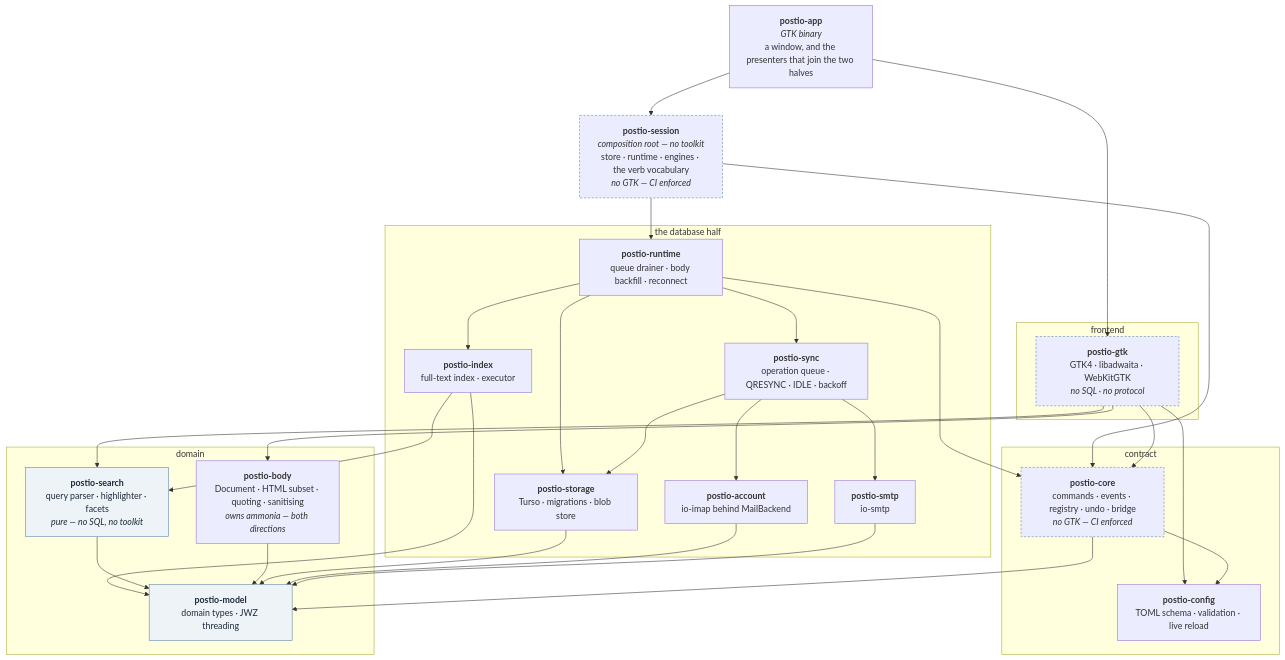
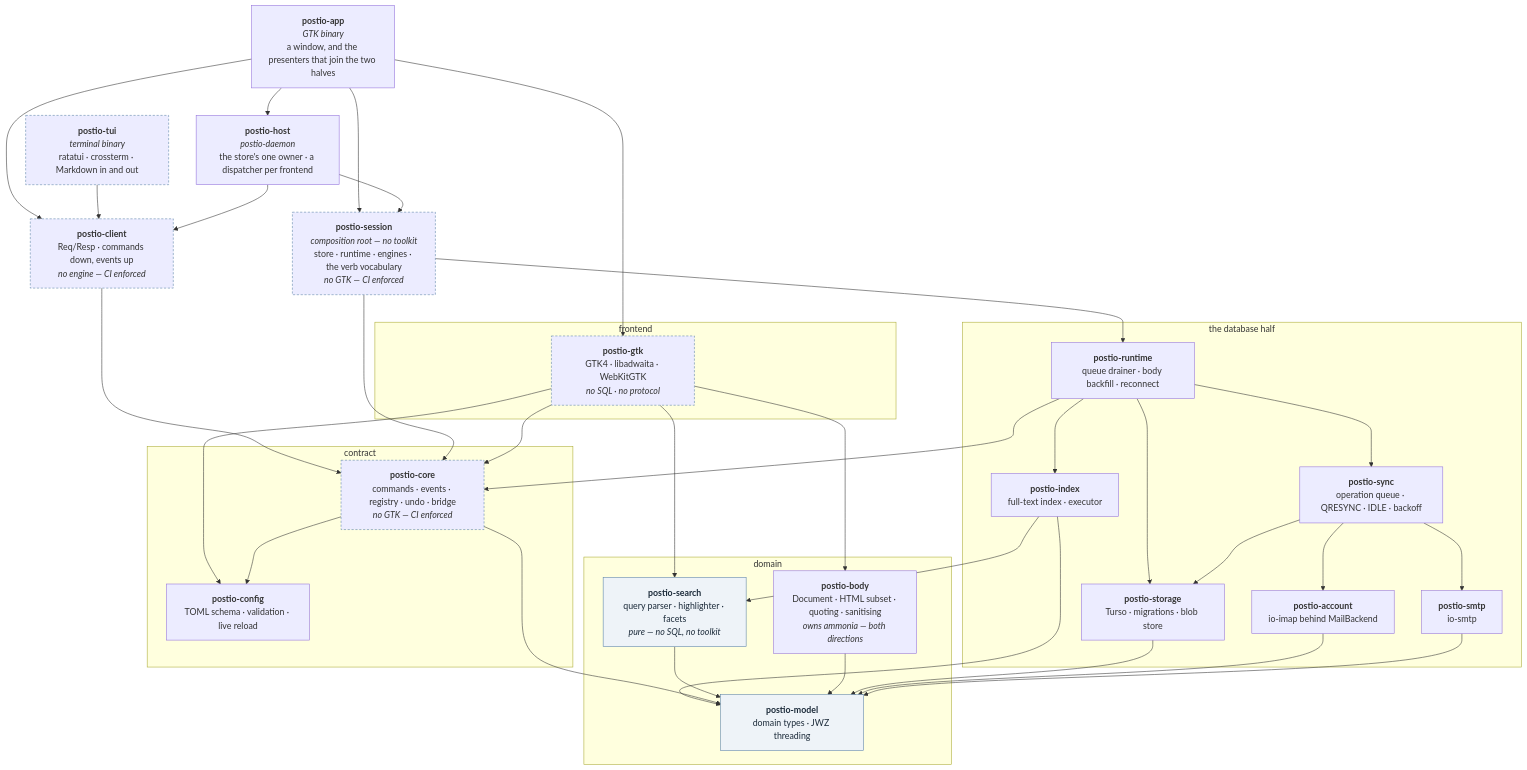
One commit to dlapiduz/postio changed the diagram in docs/ARCHITECTURE.md. Above: the diagram before and after it, drawn with Mermaid. The commit also changed other lines of this file and 6 other files, not shown here.

First line of the commit message:
docs: name the terminal frontend where scope is said

````diff
--- a/docs/ARCHITECTURE.md
+++ b/docs/ARCHITECTURE.md
@@ -16,59 +16,68 @@
 ```mermaid
 graph TD
     app["<b>postio-app</b><br/><i>GTK binary</i><br/>a window, and the presenters that join the two halves"]
+    tui["<b>postio-tui</b><br/><i>terminal binary</i><br/>ratatui · crossterm · Markdown in and out"]
+    host["<b>postio-host</b><br/><i>postio-daemon</i><br/>the store's one owner · a dispatcher per frontend"]
+    client["<b>postio-client</b><br/>Req/Resp · commands down, events up<br/><i>no engine — CI enforced</i>"]
     session["<b>postio-session</b><br/><i>composition root — no toolkit</i><br/>store · runtime · engines · the verb vocabulary<br/><i>no GTK — CI enforced</i>"]
 
     subgraph view ["frontend"]
         gtk["<b>postio-gtk</b><br/>GTK4 · libadwaita · WebKitGTK<br/><i>no SQL · no protocol</i>"]
     end
 
     subgraph engine ["the database half"]
         runtime["<b>postio-runtime</b><br/>queue drainer · body backfill · reconnect"]
         sync["<b>postio-sync</b><br/>operation queue · QRESYNC · IDLE · backoff"]
         imap["<b>postio-account</b><br/>io-imap behind MailBackend"]
         smtp["<b>postio-smtp</b><br/>io-smtp"]
         storage["<b>postio-storage</b><br/>Turso · migrations · blob store"]
         index["<b>postio-index</b><br/>full-text index · executor"]
     end
 
     subgraph contract ["contract"]
         core["<b>postio-core</b><br/>commands · events · registry · undo · bridge<br/><i>no GTK — CI enforced</i>"]
         config["<b>postio-config</b><br/>TOML schema · validation · live reload"]
     end
 
     subgraph domain ["domain"]
         search["<b>postio-search</b><br/>query parser · highlighter · facets<br/><i>pure — no SQL, no toolkit</i>"]
         body["<b>postio-body</b><br/>Document · HTML subset · quoting · sanitising<br/><i>owns ammonia — both directions</i>"]
         model["<b>postio-model</b><br/>domain types · JWZ threading"]
     end
 
     app --> session
     app --> gtk
+    app --> host
+    app --> client
+    tui --> client
+    host --> session
+    host --> client
+    client --> core
     session --> runtime
     session --> core
     gtk --> core
     gtk --> search
     gtk --> body
     gtk --> config
     runtime --> sync
     runtime --> index
     runtime --> core
     runtime --> storage
     sync --> imap
     sync --> smtp
     sync --> storage
     index --> search
     index --> model
     core --> config
     core --> model
     search --> model
     body --> model
     storage --> model
     imap --> model
     smtp --> model
 
     classDef pure fill:#eef3f8,stroke:#5980a6,color:#1c2b3a
     classDef guard stroke-dasharray:4 3,stroke:#5980a6
     class model,search pure
-    class core,gtk,session guard
+    class core,gtk,session,client,tui guard
 ```
````
